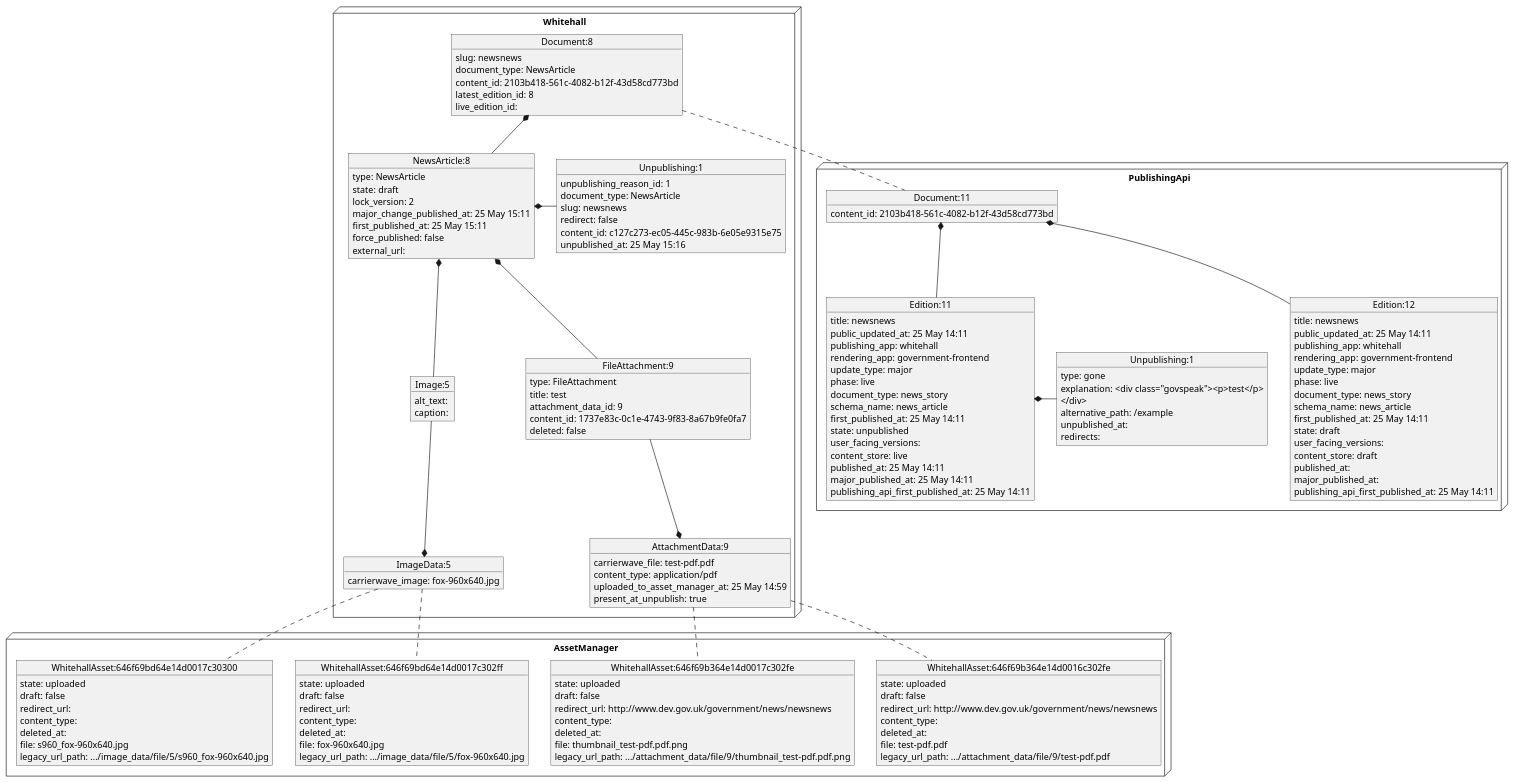
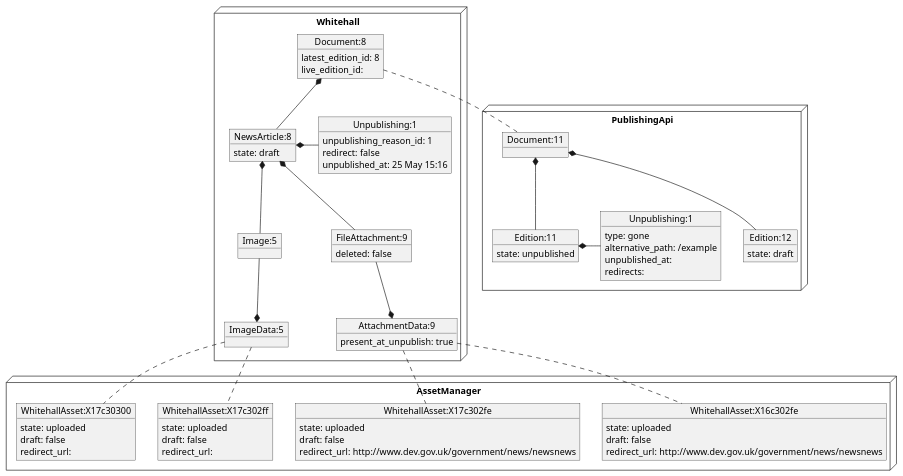
One commit to alphagov/whitehall changed the diagram in docs/diagrams/asset_management/asset_scenarios/unpublish_published_doc/3_unpublished.puml. Above: the diagram before and after it, drawn with PlantUML. The commit also changed 16 other files, not shown here.

```diff
--- a/docs/diagrams/asset_management/asset_scenarios/unpublish_published_doc/3_unpublished.puml
+++ b/docs/diagrams/asset_management/asset_scenarios/unpublish_published_doc/3_unpublished.puml
@@ -1,163 +1,94 @@
 @startuml
 node Whitehall {
 object "Document:8" as Document_8 {
-  slug: newsnews
-  document_type: NewsArticle
-  content_id: 2103b418-561c-4082-b12f-43d58cd773bd
   latest_edition_id: 8
   live_edition_id:
 }
 together {
 object "NewsArticle:8" as NewsArticle_8 {
-  type: NewsArticle
   state: draft
-  lock_version: 2
-  major_change_published_at: 25 May 15:11
-  first_published_at: 25 May 15:11
-  force_published: false
-  external_url:
 }
 Document_8 *-- NewsArticle_8
 object "FileAttachment:9" as FileAttachment_9 {
-  type: FileAttachment
-  title: test
-  attachment_data_id: 9
-  content_id: 1737e83c-0c1e-4743-9f83-8a67b9fe0fa7
   deleted: false
 }
 NewsArticle_8 *-- FileAttachment_9
 object "Image:5" as Image_5 {
-  alt_text:
-  caption:
 }
 NewsArticle_8 *-- Image_5
 object "Unpublishing:1" as Unpublishing_1 {
   unpublishing_reason_id: 1
-  document_type: NewsArticle
-  slug: newsnews
   redirect: false
-  content_id: c127c273-ec05-445c-983b-6e05e9315e75
   unpublished_at: 25 May 15:16
 }
 NewsArticle_8 *- Unpublishing_1
 }
 object "AttachmentData:9" as AttachmentData_9 {
-  carrierwave_file: test-pdf.pdf
-  content_type: application/pdf
-  uploaded_to_asset_manager_at: 25 May 14:59
   present_at_unpublish: true
 }
 AttachmentData_9 *-u- FileAttachment_9
 object "ImageData:5" as ImageData_5 {
-  carrierwave_image: fox-960x640.jpg
 }
 ImageData_5 *-u- Image_5
 }
 
 
 
 
 
 
 node PublishingApi {
 object "Document:11" as pubapi_Document_11 {
-  content_id: 2103b418-561c-4082-b12f-43d58cd773bd
 }
 object "Edition:12" as pubapi_Edition_12 {
-  title: newsnews
-  public_updated_at: 25 May 14:11
-  publishing_app: whitehall
-  rendering_app: government-frontend
-  update_type: major
-  phase: live
-  document_type: news_story
-  schema_name: news_article
-  first_published_at: 25 May 14:11
   state: draft
-  user_facing_versions:
-  content_store: draft
-  published_at:
-  major_published_at:
-  publishing_api_first_published_at: 25 May 14:11
 }
 pubapi_Document_11 *-- pubapi_Edition_12
 object "Edition:11" as pubapi_Edition_11 {
-  title: newsnews
-  public_updated_at: 25 May 14:11
-  publishing_app: whitehall
-  rendering_app: government-frontend
-  update_type: major
-  phase: live
-  document_type: news_story
-  schema_name: news_article
-  first_published_at: 25 May 14:11
   state: unpublished
-  user_facing_versions:
-  content_store: live
-  published_at: 25 May 14:11
-  major_published_at: 25 May 14:11
-  publishing_api_first_published_at: 25 May 14:11
 }
 pubapi_Document_11 *-- pubapi_Edition_11
 object "Unpublishing:1" as pubapi_Unpublishing_1 {
   type: gone
-  explanation: <div class="govspeak"><p>test</p>
-</div>
   alternative_path: /example
   unpublished_at:
   redirects:
 }
 pubapi_Edition_11 *- pubapi_Unpublishing_1
 }
 
 
 
 
 node AssetManager {
-object "WhitehallAsset:646f69b364e14d0016c302fe" as am_WhitehallAsset_646f69b364e14d0016c302fe {
+object "WhitehallAsset:X16c302fe" as am_WhitehallAsset_X16c302fe {
   state: uploaded
   draft: false
   redirect_url: http://www.dev.gov.uk/government/news/newsnews
-  content_type:
-  deleted_at:
-  file: test-pdf.pdf
-  legacy_url_path: .../attachment_data/file/9/test-pdf.pdf
 }
-object "WhitehallAsset:646f69b364e14d0017c302fe" as am_WhitehallAsset_646f69b364e14d0017c302fe {
+object "WhitehallAsset:X17c302fe" as am_WhitehallAsset_X17c302fe {
   state: uploaded
   draft: false
   redirect_url: http://www.dev.gov.uk/government/news/newsnews
-  content_type:
-  deleted_at:
-  file: thumbnail_test-pdf.pdf.png
-  legacy_url_path: .../attachment_data/file/9/thumbnail_test-pdf.pdf.png
 }
-object "WhitehallAsset:646f69bd64e14d0017c302ff" as am_WhitehallAsset_646f69bd64e14d0017c302ff {
+object "WhitehallAsset:X17c302ff" as am_WhitehallAsset_X17c302ff {
   state: uploaded
   draft: false
   redirect_url:
-  content_type:
-  deleted_at:
-  file: fox-960x640.jpg
-  legacy_url_path: .../image_data/file/5/fox-960x640.jpg
 }
-object "WhitehallAsset:646f69bd64e14d0017c30300" as am_WhitehallAsset_646f69bd64e14d0017c30300 {
+object "WhitehallAsset:X17c30300" as am_WhitehallAsset_X17c30300 {
   state: uploaded
   draft: false
   redirect_url:
-  content_type:
-  deleted_at:
-  file: s960_fox-960x640.jpg
-  legacy_url_path: .../image_data/file/5/s960_fox-960x640.jpg
 }
 }
 
 
 
 Document_8 .. pubapi_Document_11
-ImageData_5 .. am_WhitehallAsset_646f69bd64e14d0017c302ff
-ImageData_5 .. am_WhitehallAsset_646f69bd64e14d0017c30300
-AttachmentData_9 .. am_WhitehallAsset_646f69b364e14d0016c302fe
-AttachmentData_9 .. am_WhitehallAsset_646f69b364e14d0017c302fe
+ImageData_5 .. am_WhitehallAsset_X17c302ff
+ImageData_5 .. am_WhitehallAsset_X17c30300
+AttachmentData_9 .. am_WhitehallAsset_X16c302fe
+AttachmentData_9 .. am_WhitehallAsset_X17c302fe
 
 @enduml
```
